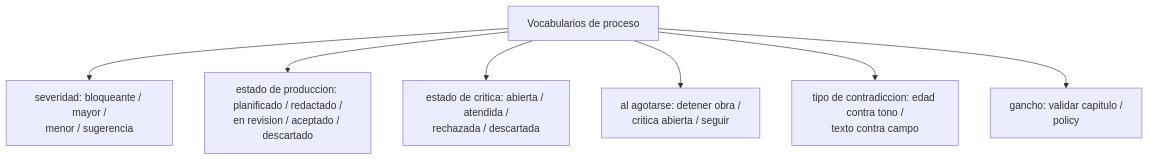
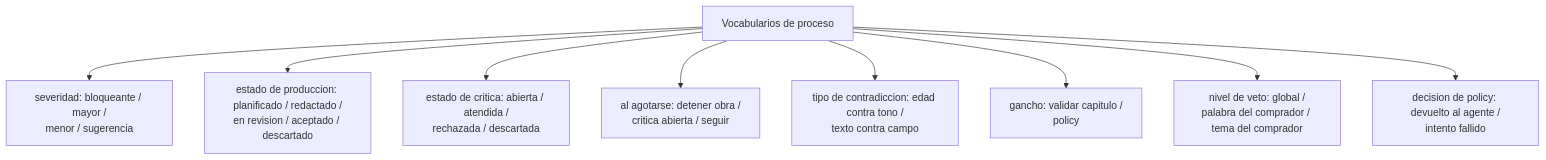
Before and after one commit to alvarofernandezqaracter/my-story-maker: the fifth of 10 diagrams in docs/architecture.md, drawn with Mermaid. The commit also changed other lines of this file and 2 other files, not shown here.

First line of the commit message:
docs: lo vetado en tres listas y el registro de policy

````diff
--- a/docs/architecture.md
+++ b/docs/architecture.md
@@ -215,9 +219,11 @@
 ```mermaid
 flowchart TD
   PROC[Vocabularios de proceso] --> SEV[severidad: bloqueante / mayor /<br/>menor / sugerencia]
   PROC --> EST[estado de produccion: planificado / redactado /<br/>en revision / aceptado / descartado]
   PROC --> CRI[estado de critica: abierta / atendida /<br/>rechazada / descartada]
   PROC --> AGO[al agotarse: detener obra /<br/>critica abierta / seguir]
   PROC --> CON[tipo de contradiccion: edad contra tono /<br/>texto contra campo]
   PROC --> GAN[gancho: validar capitulo /<br/>policy]
+  PROC --> NIV[nivel de veto: global /<br/>palabra del comprador / tema del comprador]
+  PROC --> DPO[decision de policy: devuelto al agente /<br/>intento fallido]
 ```
````
